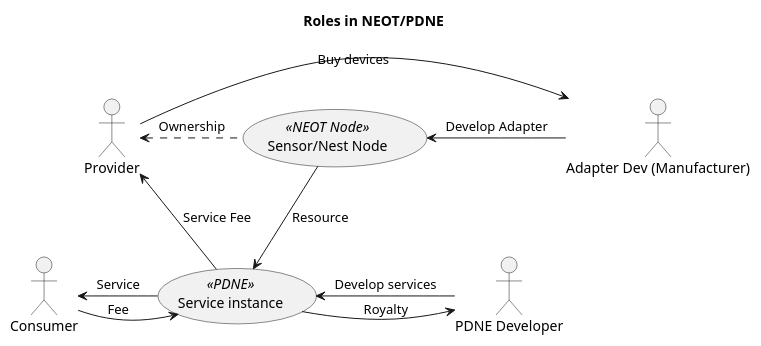
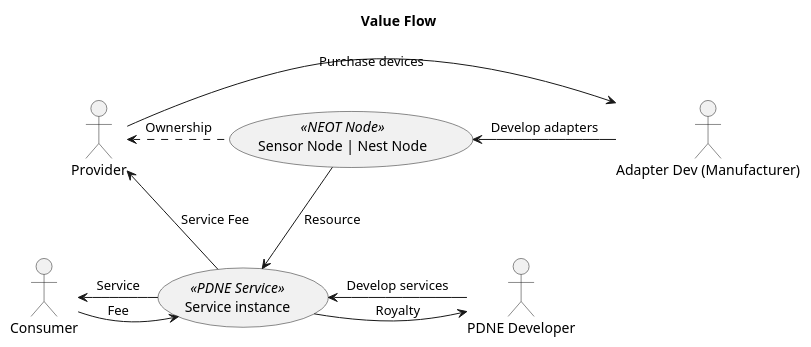
One commit to NEOCompToronto/NEOCompetition changed the diagram in PlantUML/Roles.wsd. Above: the diagram before and after it, drawn with PlantUML. The commit also changed 8 other files, not shown here.

Commit message:
reorganize the plantuml

```diff
--- a/PlantUML/Roles.wsd
+++ b/PlantUML/Roles.wsd
@@ -1,26 +1,26 @@
 @startuml
 
-title Roles in NEOT/PDNE
+title Value Flow
 top to bottom direction
 actor TermOwner as "Provider"
 actor AdaDev as "Adapter Dev (Manufacturer)"
 actor SerDev as "PDNE Developer"
 actor User as "Consumer"
 
-usecase NEOT as "Sensor/Nest Node" <<NEOT Node>>
-usecase Service as "Service instance" << PDNE >>
+usecase NEOT as "Sensor Node | Nest Node" <<NEOT Node>>
+usecase Service as "Service instance" << PDNE Service>>
 
 
-AdaDev -left-> NEOT: Develop Adapter
-TermOwner -> AdaDev: Buy devices
+AdaDev -left-> NEOT: Develop adapters
+TermOwner -> AdaDev: Purchase devices
 SerDev -> Service: Develop services
 
 Service -right-> SerDev: Royalty
 NEOT -> Service: Resource
 NEOT -left..> TermOwner: Ownership
 Service -up-> TermOwner: Service Fee
 Service -left-> User: Service
 User -> Service: Fee
 
 
 @enduml
```
